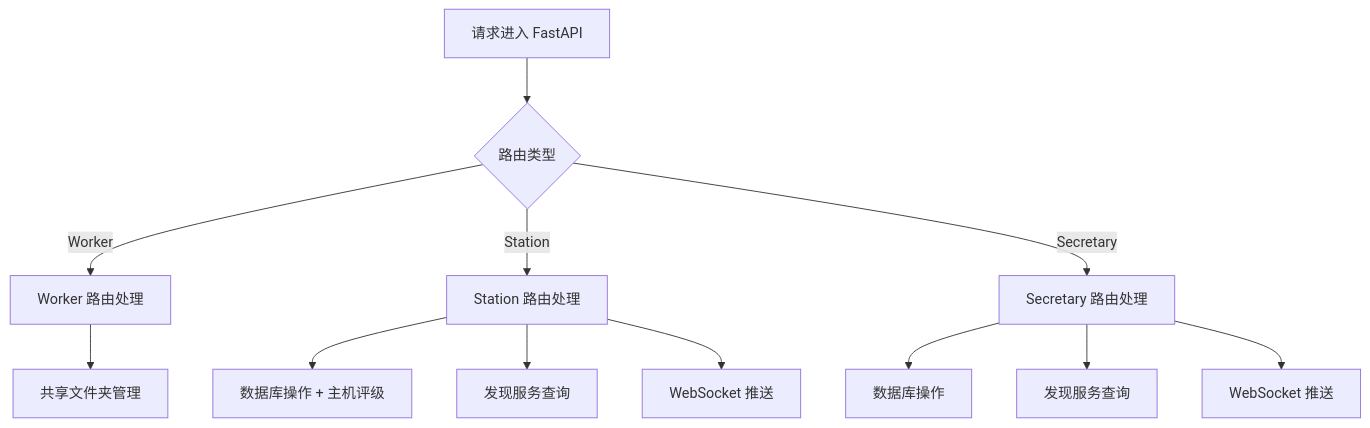
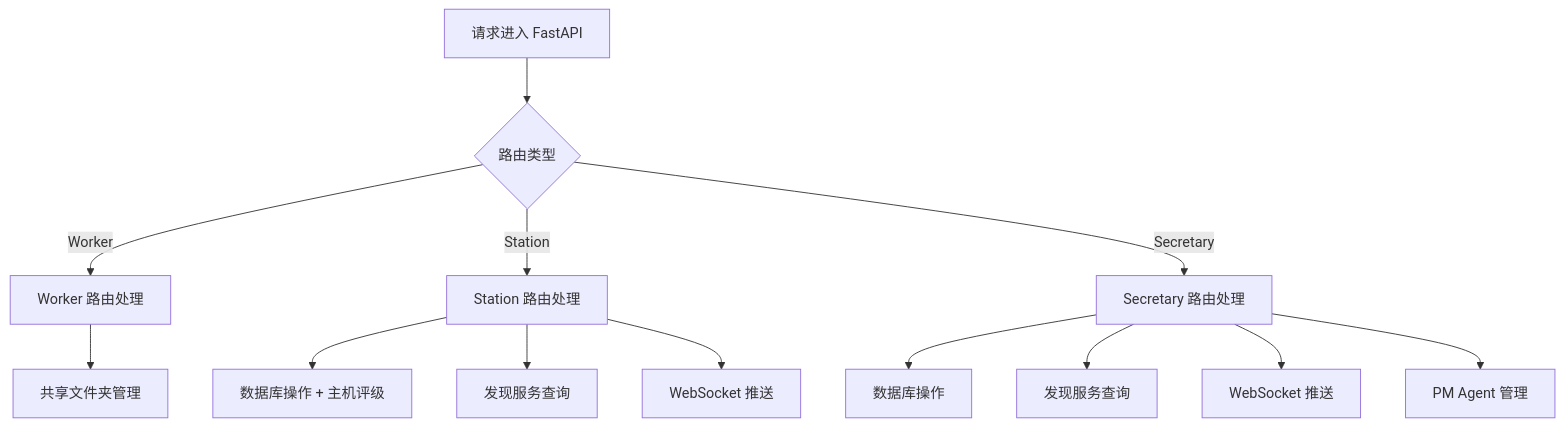
One commit to targalian/Personal-distributed-workstation changed the sixth of 10 diagrams in .qoder/repowiki/zh/content/部署指南/部署指南.md. Above: the diagram before and after it, drawn with Mermaid. The commit also changed other lines of this file and 60 other files, not shown here.

````diff
--- a/.qoder/repowiki/zh/content/部署指南/部署指南.md
+++ b/.qoder/repowiki/zh/content/部署指南/部署指南.md
@@ -327,14 +353,15 @@
 ```mermaid
 flowchart TD
 A["请求进入 FastAPI"] --> B{"路由类型"}
 B --> |Worker| C["Worker 路由处理"]
 B --> |Station| D["Station 路由处理"]
 B --> |Secretary| E["Secretary 路由处理"]
 C --> F["共享文件夹管理"]
 D --> G["数据库操作 + 主机评级"]
 D --> H["发现服务查询"]
 D --> I["WebSocket 推送"]
 E --> J["数据库操作"]
 E --> K["发现服务查询"]
 E --> L["WebSocket 推送"]
+E --> M["PM Agent 管理"]
 ```
````
